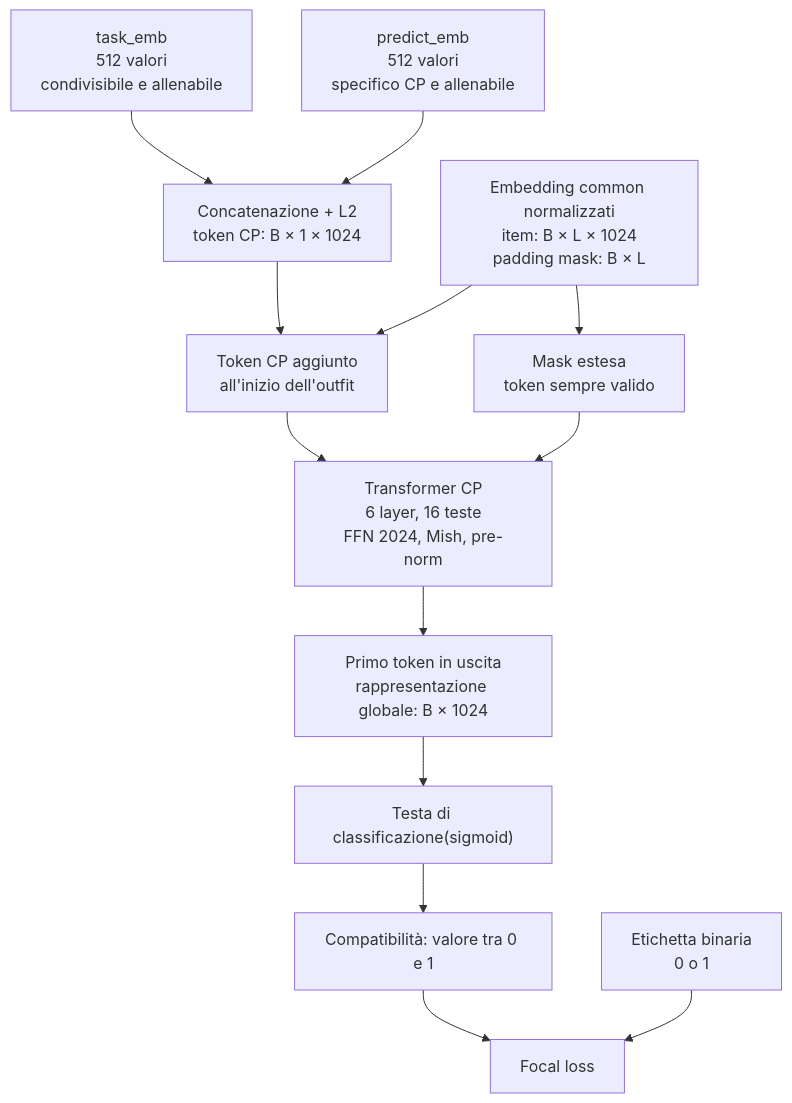
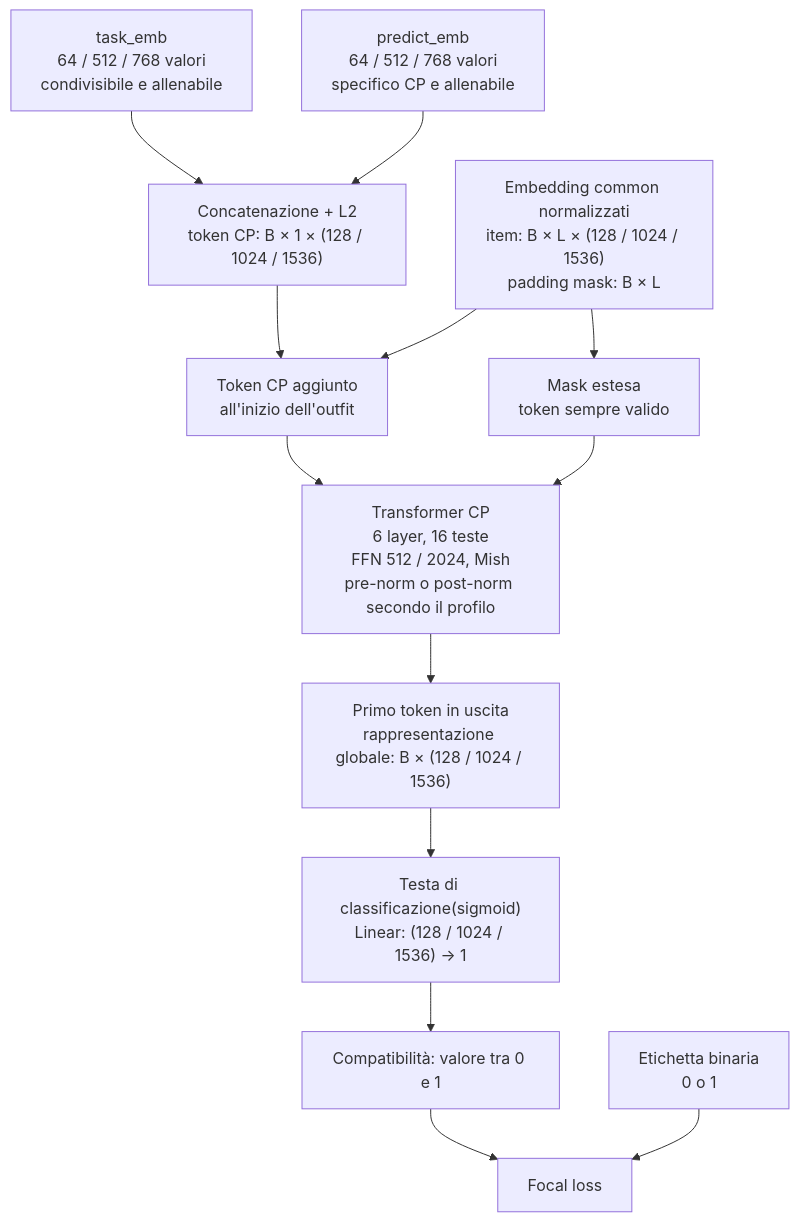
Before and after one commit to FlorindoDev/OutfitTransformer: the diagram in model/cp/README.md, drawn with Mermaid. The commit also changed other lines of this file and 26 other files, not shown here.

````diff
--- a/model/cp/README.md
+++ b/model/cp/README.md
@@ -45,28 +54,28 @@
 ```mermaid
 flowchart TD
-    COMMON["Embedding common normalizzati<br/>item: B × L × 1024<br/>padding mask: B × L"]
-    TASK["task_emb<br/>512 valori<br/>condivisibile e allenabile"]
-    PREDICT["predict_emb<br/>512 valori<br/>specifico CP e allenabile"]
-    TOKEN["Concatenazione + L2<br/>token CP: B × 1 × 1024"]
+    COMMON["Embedding common normalizzati<br/>item: B × L × (128 / 1024 / 1536)<br/>padding mask: B × L"]
+    TASK["task_emb<br/>64 / 512 / 768 valori<br/>condivisibile e allenabile"]
+    PREDICT["predict_emb<br/>64 / 512 / 768 valori<br/>specifico CP e allenabile"]
+    TOKEN["Concatenazione + L2<br/>token CP: B × 1 × (128 / 1024 / 1536)"]
     PREPEND["Token CP aggiunto<br/>all'inizio dell'outfit"]
     MASK["Mask estesa<br/>token sempre valido"]
-    TRANSFORMER["Transformer CP<br/>6 layer, 16 teste<br/>FFN 2024, Mish, pre-norm"]
-    GLOBAL["Primo token in uscita<br/>rappresentazione globale: B × 1024"]
-    HEAD["Testa di classificazione(sigmoid)"]
+    TRANSFORMER["Transformer CP<br/>6 layer, 16 teste<br/>FFN 512 / 2024, Mish<br/>pre-norm o post-norm secondo il profilo"]
+    GLOBAL["Primo token in uscita<br/>rappresentazione globale: B × (128 / 1024 / 1536)"]
+    HEAD["Testa di classificazione(sigmoid)<br/>Linear: (128 / 1024 / 1536) → 1"]
     SCORE["Compatibilità: valore tra 0 e 1"]
     LABEL["Etichetta binaria<br/>0 o 1"]
     LOSS["Focal loss<br/>"]
 
     TASK --> TOKEN
     PREDICT --> TOKEN
     TOKEN --> PREPEND
     COMMON --> PREPEND
     COMMON --> MASK
     PREPEND --> TRANSFORMER
     MASK --> TRANSFORMER
     TRANSFORMER --> GLOBAL
     GLOBAL --> HEAD
     HEAD --> SCORE
     SCORE --> LOSS
     LABEL --> LOSS
 ```
````
